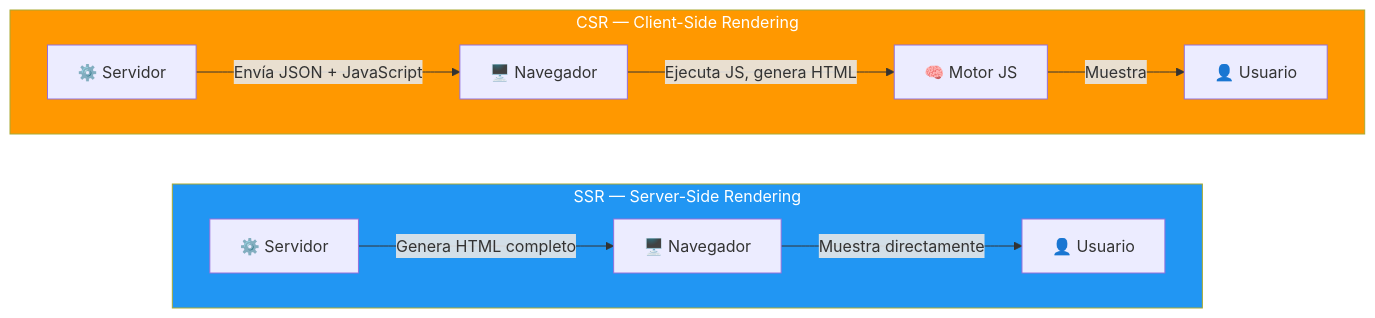
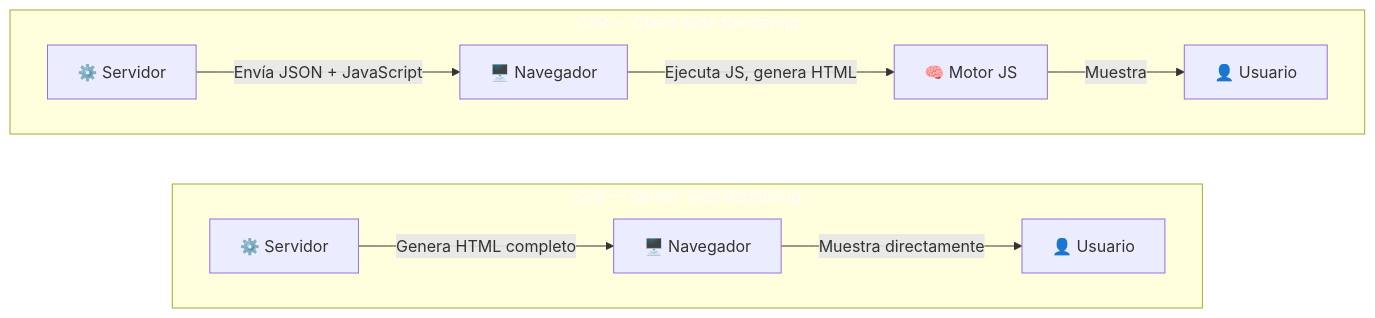
Before and after one commit to joseluisgs/DesarrolloWebEntornosServidor-01-2026-2027: the third of 3 diagrams in 06-web-dinamica.md, drawn with Mermaid. The commit also changed other lines of this file and 66 other files, not shown here.

First line of the commit message:
fix: normalizar titulos al castellano de frase y corregir la paleta de mermaid

````diff
--- a/06-web-dinamica.md
+++ b/06-web-dinamica.md
@@ -104,18 +104,18 @@
 ```mermaid
 graph LR
     subgraph SSR["SSR — Server-Side Rendering"]
         direction LR
         S1["⚙️ Servidor"] -->|"Genera HTML completo"| N1["🖥️ Navegador"]
         N1 -->|"Muestra directamente"| U1["👤 Usuario"]
     end
 
     subgraph CSR["CSR — Client-Side Rendering"]
         direction LR
         S2["⚙️ Servidor"] -->|"Envía JSON + JavaScript"| N2["🖥️ Navegador"]
         N2 -->|"Ejecuta JS, genera HTML"| N2b["🧠 Motor JS"]
         N2b -->|"Muestra"| U2["👤 Usuario"]
     end
 
-    style SSR fill:#2196F3,color:#fff
-    style CSR fill:#FF9800,color:#fff
+    style SSR fill:#2196F,color:#fff3,color:#fff
+    style CSR fill:#FF980,color:#fff0,color:#fff
 ```
````
